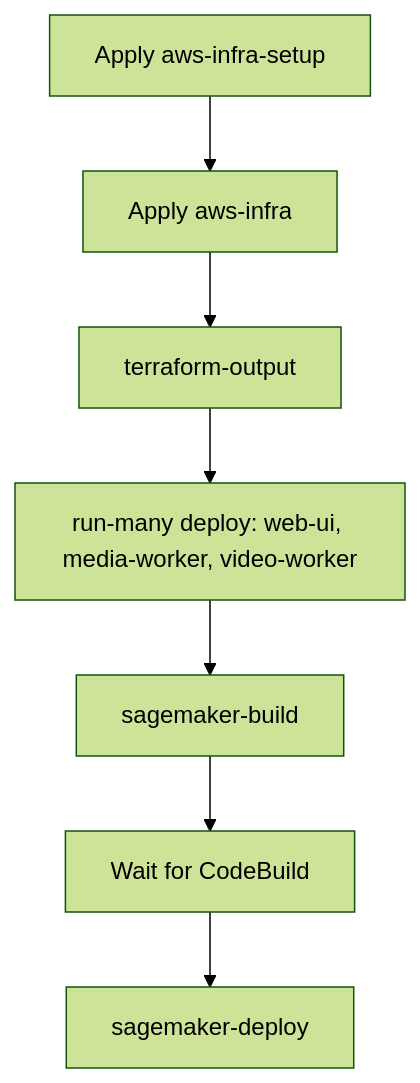
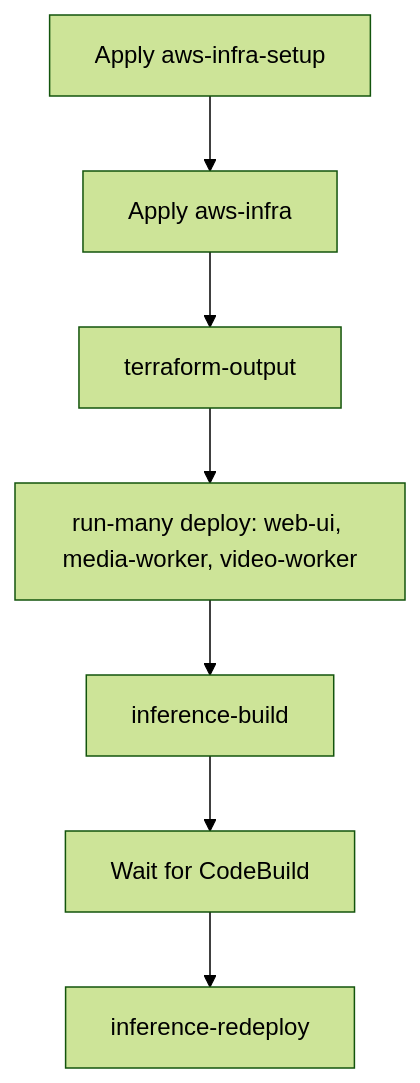
One commit to alexpialetski/stereo-spot changed the diagram in packages/stereo-spot-docs/docs/aws/bring-up.md. Above: the diagram before and after it, drawn with Mermaid (forest theme). The commit also changed other lines of this file and 42 other files, not shown here.

````diff
--- a/packages/stereo-spot-docs/docs/aws/bring-up.md
+++ b/packages/stereo-spot-docs/docs/aws/bring-up.md
@@ -29,9 +29,9 @@
 ```mermaid
 flowchart TB
   A[Apply aws-infra-setup] --> B[Apply aws-infra]
   B -->   C[terraform-output]
   C --> E[run-many deploy: web-ui, media-worker, video-worker]
-  E --> F[sagemaker-build]
+  E --> F[inference-build]
   F --> G[Wait for CodeBuild]
-  G --> H[sagemaker-deploy]
+  G --> H[inference-redeploy]
 ```
````
